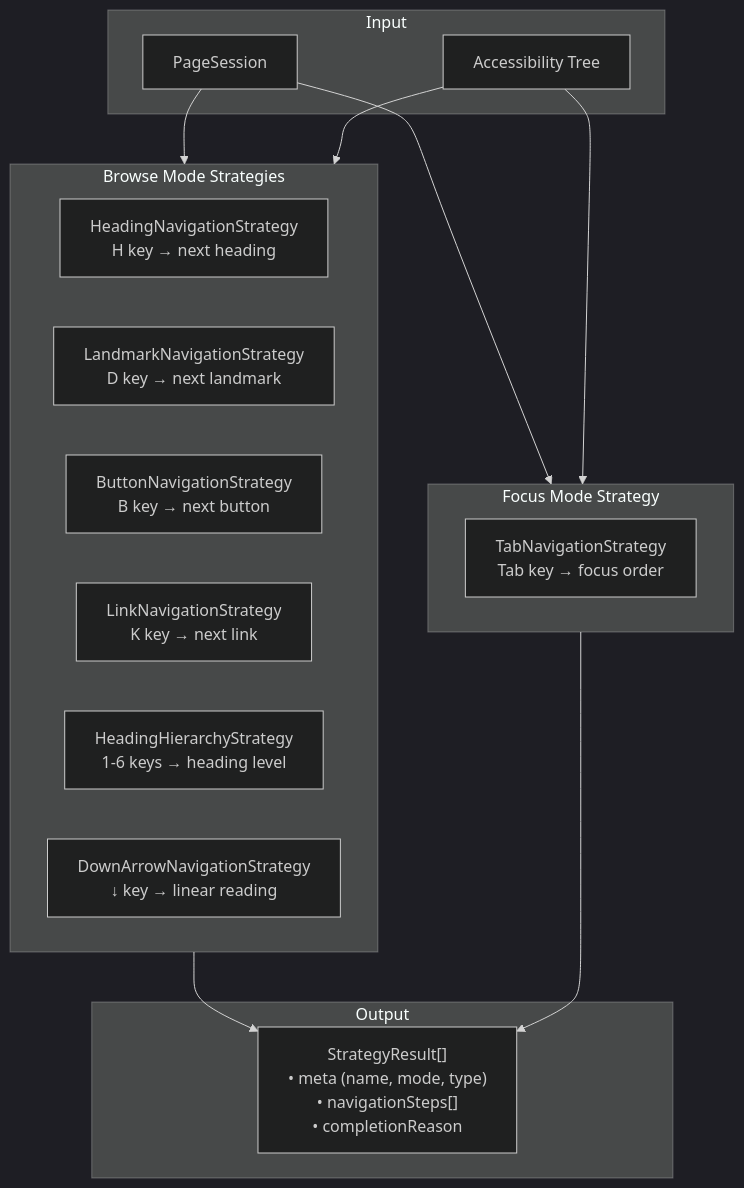
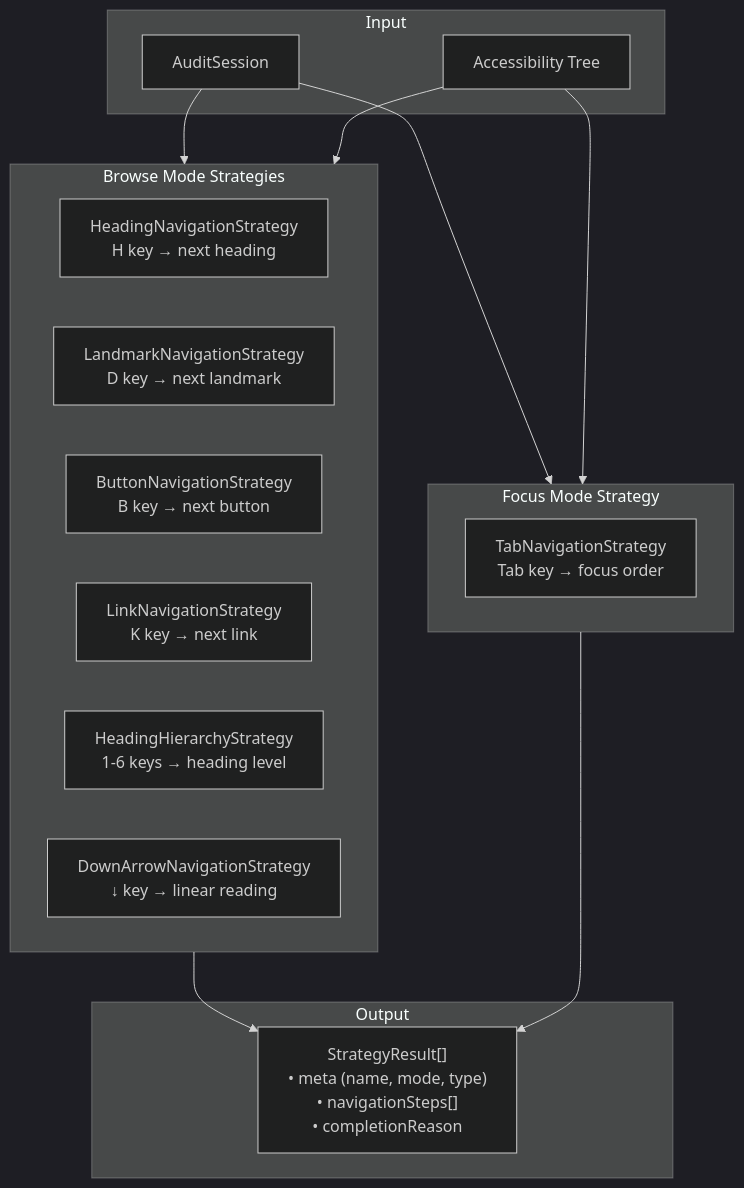
One commit to Chitova263/accessibility-audit changed the sixth of 12 diagrams in WIKI.md. Above: the diagram before and after it, drawn with Mermaid (dark theme). The commit also changed other lines of this file and 124 other files, not shown here.

````diff
--- a/WIKI.md
+++ b/WIKI.md
@@ -226,31 +226,31 @@
 ```mermaid
 flowchart TB
     subgraph Input
-        SESSION["PageSession"]
+        SESSION["AuditSession"]
         AXTREE["Accessibility Tree"]
     end
 
     subgraph BrowseMode["Browse Mode Strategies"]
         H["HeadingNavigationStrategy<br/>H key → next heading"]
         L["LandmarkNavigationStrategy<br/>D key → next landmark"]
         B["ButtonNavigationStrategy<br/>B key → next button"]
         K["LinkNavigationStrategy<br/>K key → next link"]
         H1["HeadingHierarchyStrategy<br/>1-6 keys → heading level"]
         ARROW["DownArrowNavigationStrategy<br/>↓ key → linear reading"]
     end
 
     subgraph FocusMode["Focus Mode Strategy"]
         TAB["TabNavigationStrategy<br/>Tab key → focus order"]
     end
 
     subgraph Output
         RESULT["StrategyResult[]<br/>• meta (name, mode, type)<br/>• navigationSteps[]<br/>• completionReason"]
     end
 
     SESSION --> BrowseMode
     SESSION --> FocusMode
     AXTREE --> BrowseMode
     AXTREE --> FocusMode
     BrowseMode --> RESULT
     FocusMode --> RESULT
 ```
````
